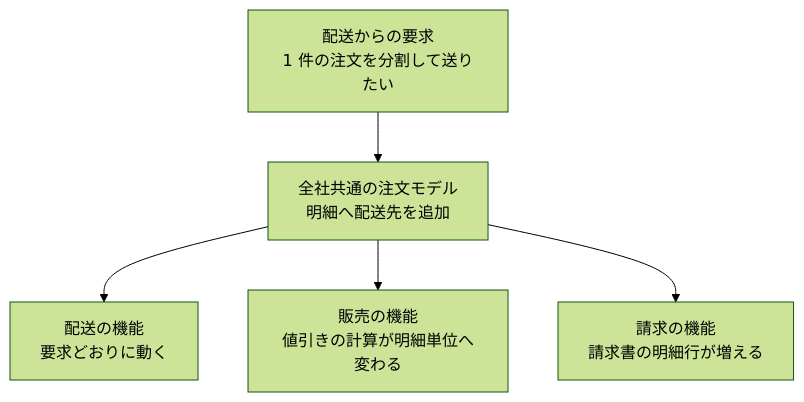
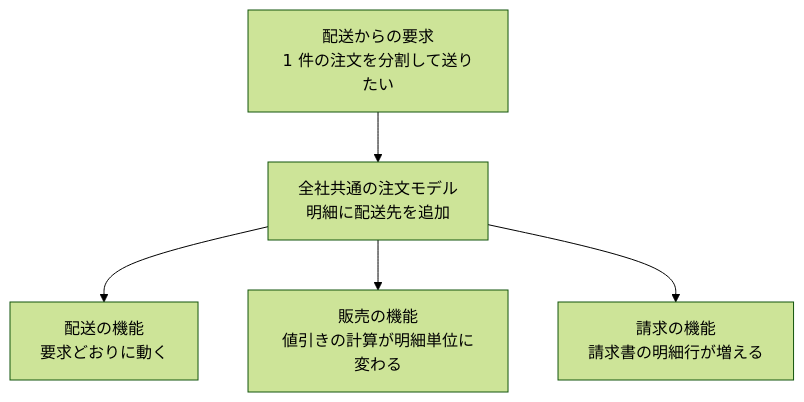
One commit to nao1215/debimate changed the second of 3 diagrams in content/notes/software-architecture/bounded-context/index.md. Above: the diagram before and after it, drawn with Mermaid (forest theme). The commit also changed other lines of this file and 46 other files, not shown here.

````diff
--- a/content/notes/software-architecture/bounded-context/index.md
+++ b/content/notes/software-architecture/bounded-context/index.md
@@ -41,7 +41,7 @@
 ```mermaid
 flowchart TB
-    C["配送からの要求<br/>1 件の注文を分割して送りたい"] --> M["全社共通の注文モデル<br/>明細へ配送先を追加"]
+    C["配送からの要求<br/>1 件の注文を分割して送りたい"] --> M["全社共通の注文モデル<br/>明細に配送先を追加"]
     M --> SH["配送の機能<br/>要求どおりに動く"]
-    M --> SA["販売の機能<br/>値引きの計算が明細単位へ変わる"]
+    M --> SA["販売の機能<br/>値引きの計算が明細単位に変わる"]
     M --> BI["請求の機能<br/>請求書の明細行が増える"]
 ```
````
